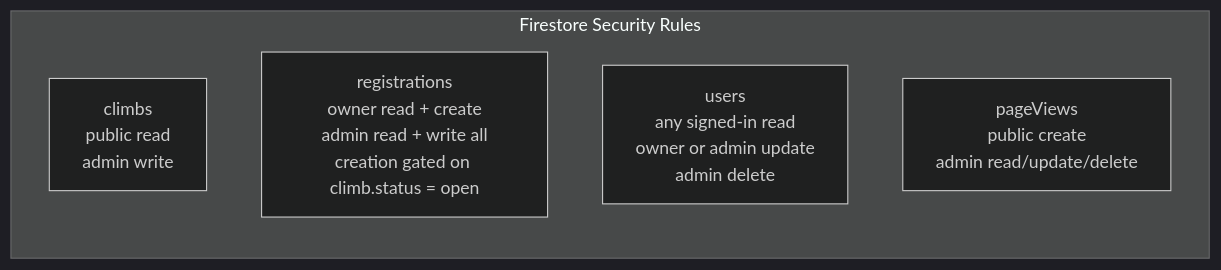
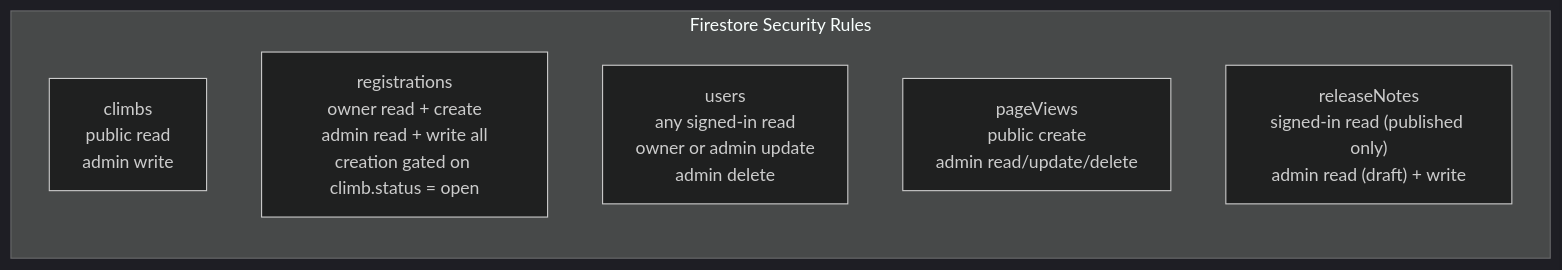
Before and after one commit to Oweeboi011/mms-open-climbs: the third of 5 diagrams in docs/DEPLOYMENT.md, drawn with Mermaid (dark theme). The commit also changed other lines of this file and 9 other files, not shown here.

First line of the commit message:
feat: Implement Release Notes feature with admin publishing and member notifications

````diff
--- a/docs/DEPLOYMENT.md
+++ b/docs/DEPLOYMENT.md
@@ -146,9 +146,10 @@
 ```mermaid
 flowchart LR
     subgraph Rules["Firestore Security Rules"]
         R1["climbs\npublic read\nadmin write"]
         R2["registrations\nowner read + create\nadmin read + write all\ncreation gated on climb.status = open"]
         R3["users\nany signed-in read\nowner or admin update\nadmin delete"]
         R4["pageViews\npublic create\nadmin read/update/delete"]
+        R5["releaseNotes\nsigned-in read (published only)\nadmin read (draft) + write"]
     end
 ```
````
